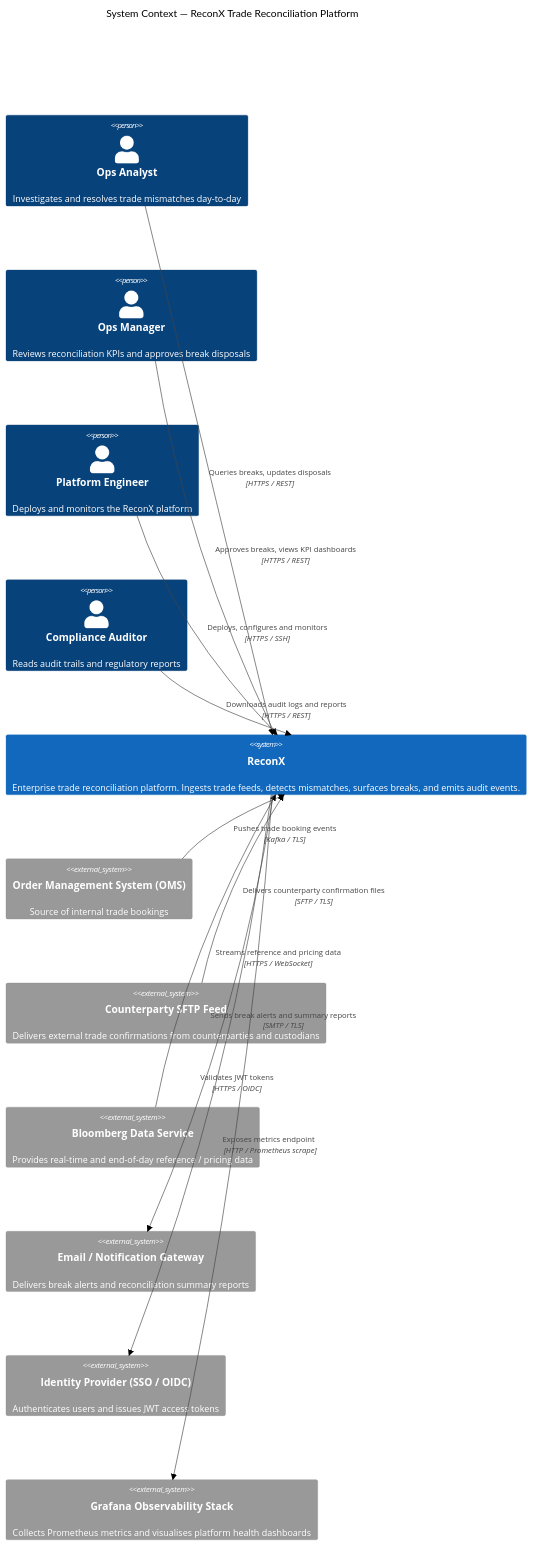
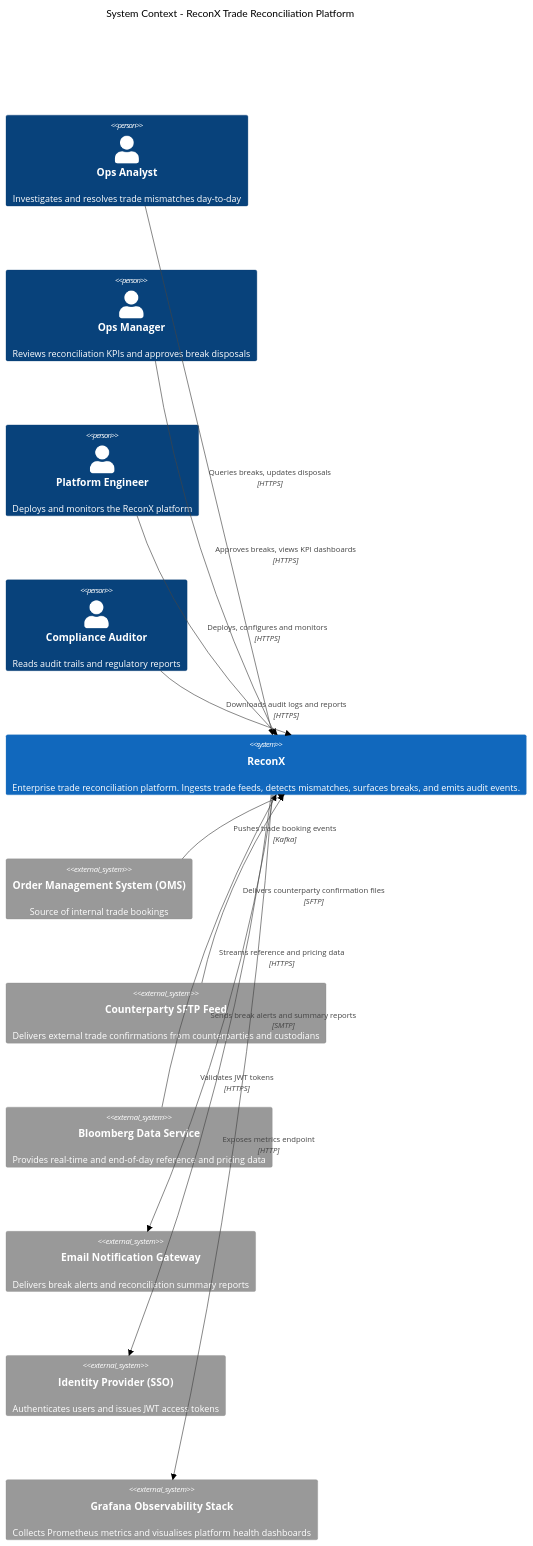
Before and after one commit to tanmaychhatre11/db2026-reconX-cohort-4-grp-4: the diagram in db/diagrams/c4-context.md, drawn with Mermaid (neutral theme). The commit also changed other lines of this file and 1 other file, not shown here.

Commit message:
feat: add c4 level 3 component diagram

````diff
--- a/db/diagrams/c4-context.md
+++ b/db/diagrams/c4-context.md
@@ -3,37 +3,32 @@
 ```mermaid
 C4Context
-    title System Context — ReconX Trade Reconciliation Platform
+    title System Context - ReconX Trade Reconciliation Platform
 
-    %% ── People ──────────────────────────────────────────────────────────────
-    Person(ops,       "Ops Analyst",       "Investigates and resolves trade mismatches day-to-day")
-    Person(manager,   "Ops Manager",       "Reviews reconciliation KPIs and approves break disposals")
+    Person(ops, "Ops Analyst", "Investigates and resolves trade mismatches day-to-day")
+    Person(manager, "Ops Manager", "Reviews reconciliation KPIs and approves break disposals")
     Person(developer, "Platform Engineer", "Deploys and monitors the ReconX platform")
-    Person(auditor,   "Compliance Auditor","Reads audit trails and regulatory reports")
+    Person(auditor, "Compliance Auditor", "Reads audit trails and regulatory reports")
 
-    %% ── ReconX system boundary ───────────────────────────────────────────────
     System(reconx, "ReconX", "Enterprise trade reconciliation platform. Ingests trade feeds, detects mismatches, surfaces breaks, and emits audit events.")
 
-    %% ── External systems ─────────────────────────────────────────────────────
-    System_Ext(oms,       "Order Management System (OMS)",  "Source of internal trade bookings")
-    System_Ext(sftp,      "Counterparty SFTP Feed",         "Delivers external trade confirmations from counterparties and custodians")
-    System_Ext(bloomberg, "Bloomberg Data Service",          "Provides real-time and end-of-day reference / pricing data")
-    System_Ext(email,     "Email / Notification Gateway",   "Delivers break alerts and reconciliation summary reports")
-    System_Ext(sso,       "Identity Provider (SSO / OIDC)", "Authenticates users and issues JWT access tokens")
-    System_Ext(grafana,   "Grafana Observability Stack",    "Collects Prometheus metrics and visualises platform health dashboards")
+    System_Ext(oms, "Order Management System (OMS)", "Source of internal trade bookings")
+    System_Ext(sftp, "Counterparty SFTP Feed", "Delivers external trade confirmations from counterparties and custodians")
+    System_Ext(bloomberg, "Bloomberg Data Service", "Provides real-time and end-of-day reference and pricing data")
+    System_Ext(email, "Email Notification Gateway", "Delivers break alerts and reconciliation summary reports")
+    System_Ext(sso, "Identity Provider (SSO)", "Authenticates users and issues JWT access tokens")
+    System_Ext(grafana, "Grafana Observability Stack", "Collects Prometheus metrics and visualises platform health dashboards")
 
-    %% ── Relationships: People → ReconX ──────────────────────────────────────
-    Rel(ops,       reconx, "Queries breaks, updates disposals",      "HTTPS / REST")
-    Rel(manager,   reconx, "Approves breaks, views KPI dashboards",  "HTTPS / REST")
-    Rel(developer, reconx, "Deploys, configures and monitors",       "HTTPS / SSH")
-    Rel(auditor,   reconx, "Downloads audit logs and reports",       "HTTPS / REST")
+    Rel(ops, reconx, "Queries breaks, updates disposals", "HTTPS")
+    Rel(manager, reconx, "Approves breaks, views KPI dashboards", "HTTPS")
+    Rel(developer, reconx, "Deploys, configures and monitors", "HTTPS")
+    Rel(auditor, reconx, "Downloads audit logs and reports", "HTTPS")
 
-    %% ── Relationships: ReconX → External systems ─────────────────────────────
-    Rel(oms,       reconx, "Pushes trade booking events",            "Kafka / TLS")
-    Rel(sftp,      reconx, "Delivers counterparty confirmation files","SFTP / TLS")
-    Rel(bloomberg, reconx, "Streams reference and pricing data",     "HTTPS / WebSocket")
-    Rel(reconx,    email,  "Sends break alerts and summary reports", "SMTP / TLS")
-    Rel(reconx,    sso,    "Validates JWT tokens",                   "HTTPS / OIDC")
-    Rel(reconx,    grafana,"Exposes metrics endpoint",               "HTTP / Prometheus scrape")
+    Rel(oms, reconx, "Pushes trade booking events", "Kafka")
+    Rel(sftp, reconx, "Delivers counterparty confirmation files", "SFTP")
+    Rel(bloomberg, reconx, "Streams reference and pricing data", "HTTPS")
+    Rel(reconx, email, "Sends break alerts and summary reports", "SMTP")
+    Rel(reconx, sso, "Validates JWT tokens", "HTTPS")
+    Rel(reconx, grafana, "Exposes metrics endpoint", "HTTP")
 
     UpdateLayoutConfig($c4ShapeInRow="4", $c4BoundaryInRow="1")
 ```
````
